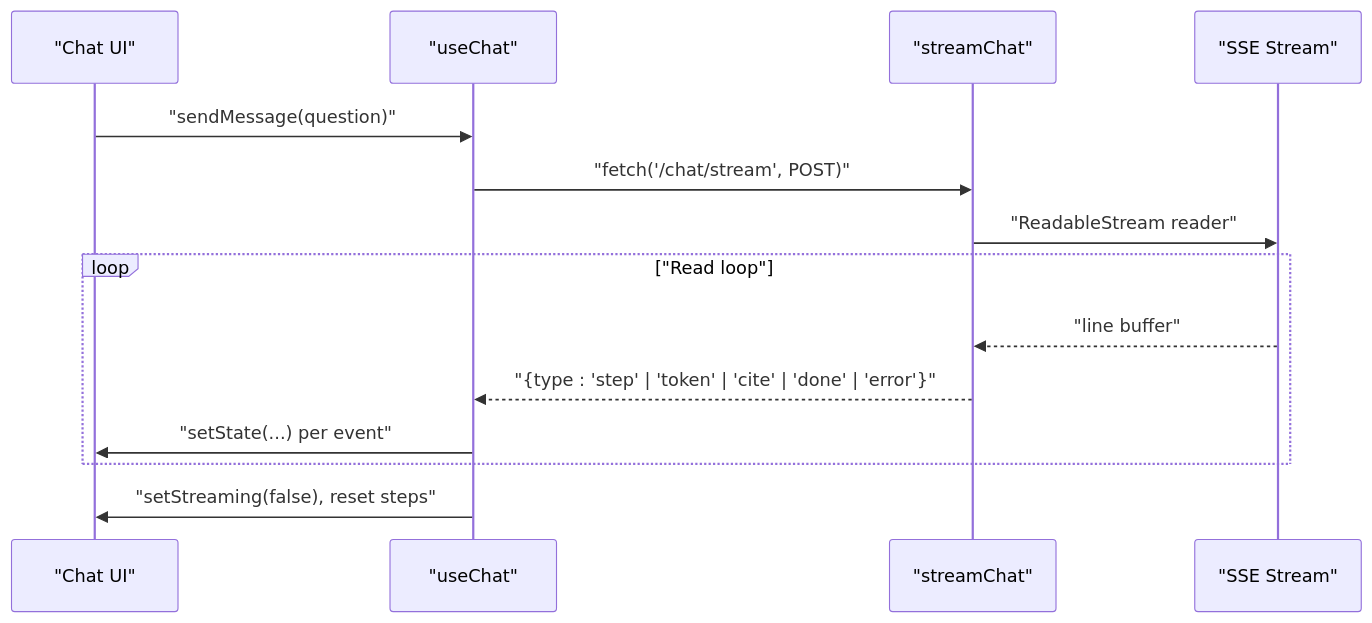
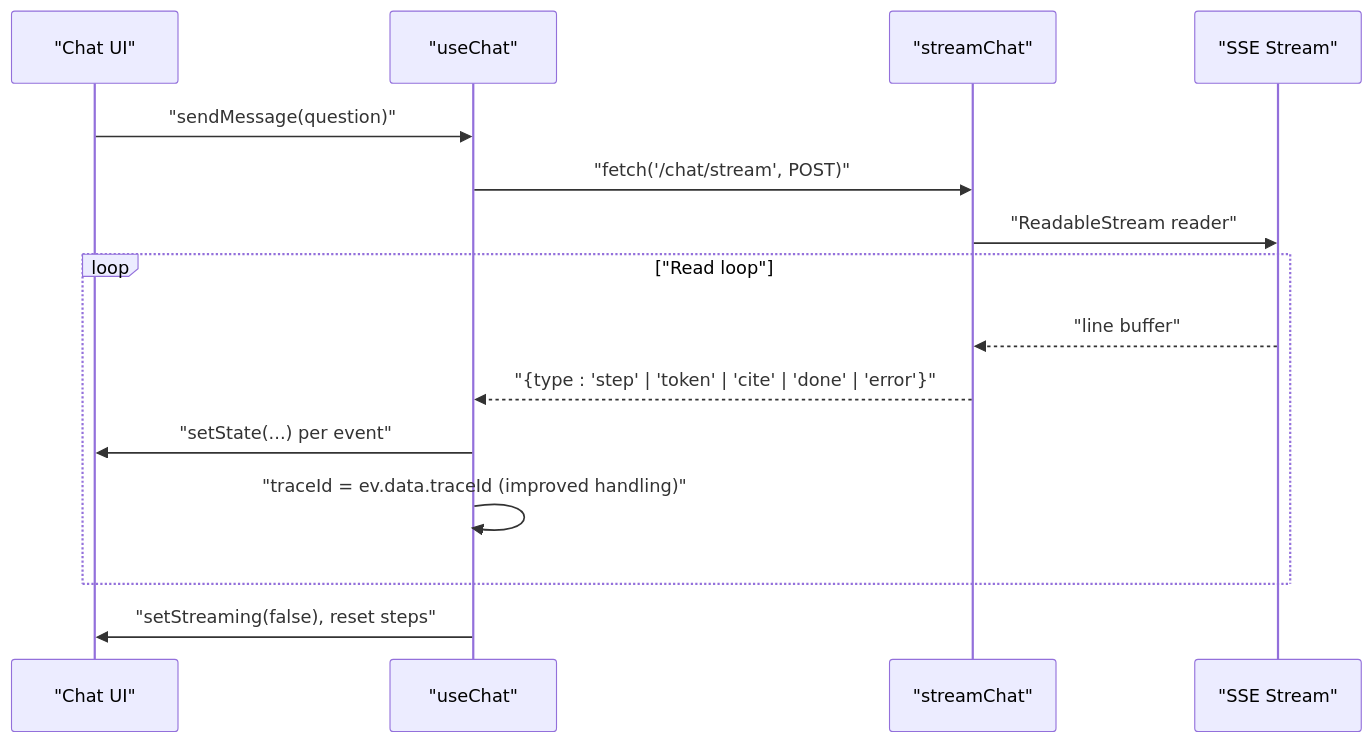
The fifth of 8 diagrams in .qoder/repowiki/en/content/API Reference/Chat API/Streaming Chat Endpoint.md (genes8/private-ai), drawn with Mermaid before and after one commit. The commit also changed other lines of this file and 19 other files, not shown here.

````diff
--- a/.qoder/repowiki/en/content/API Reference/Chat API/Streaming Chat Endpoint.md
+++ b/.qoder/repowiki/en/content/API Reference/Chat API/Streaming Chat Endpoint.md
@@ -224,16 +227,17 @@
 ```mermaid
 sequenceDiagram
 participant UI as "Chat UI"
 participant Hook as "useChat"
 participant API as "streamChat"
 participant SSE as "SSE Stream"
 UI->>Hook : "sendMessage(question)"
 Hook->>API : "fetch('/chat/stream', POST)"
 API->>SSE : "ReadableStream reader"
 loop "Read loop"
 SSE-->>API : "line buffer"
 API-->>Hook : "{type : 'step' | 'token' | 'cite' | 'done' | 'error'}"
 Hook->>UI : "setState(...) per event"
+Hook->>Hook : "traceId = ev.data.traceId (improved handling)"
 end
 Hook->>UI : "setStreaming(false), reset steps"
 ```
````
